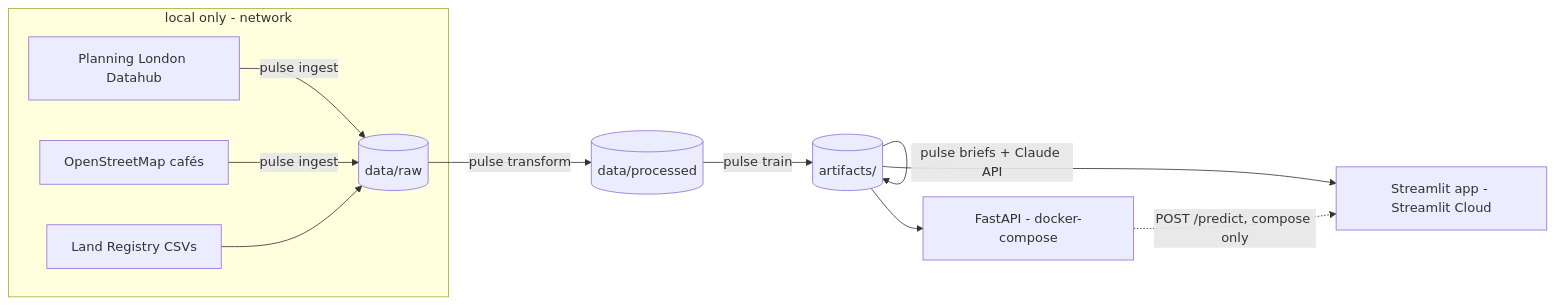
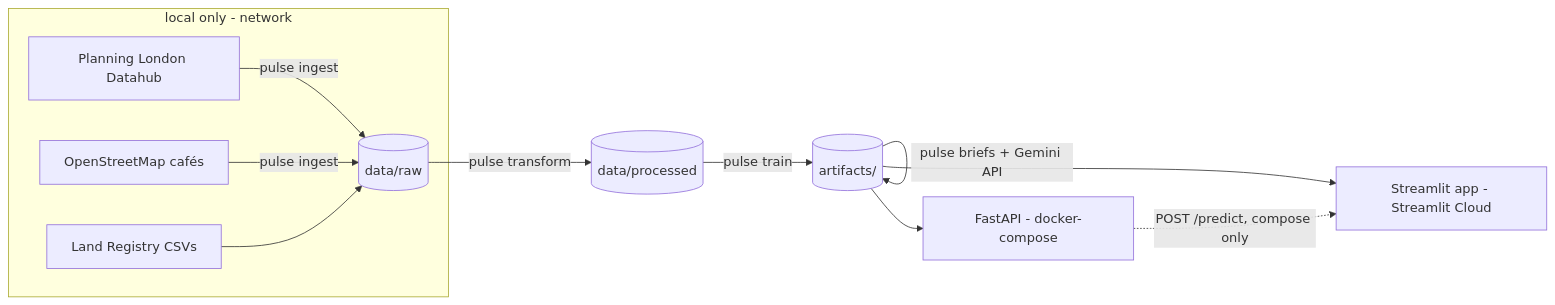
One commit to AniketYadav17/Neighbourhood-Pulse changed the diagram in docs/ARCHITECTURE.md. Above: the diagram before and after it, drawn with Mermaid. The commit also changed 8 other files, not shown here.

Commit message:
feat: switch briefs generation to the Gemini API

````diff
--- a/docs/ARCHITECTURE.md
+++ b/docs/ARCHITECTURE.md
@@ -7,14 +7,14 @@
 ```mermaid
 flowchart LR
     subgraph acquisition [local only - network]
         A[Planning London Datahub] -->|pulse ingest| R[(data/raw)]
         B[OpenStreetMap cafés] -->|pulse ingest| R
         C[Land Registry CSVs] --> R
     end
     R -->|pulse transform| P[(data/processed)]
     P -->|pulse train| ART[(artifacts/)]
-    ART -->|pulse briefs + Claude API| ART
+    ART -->|pulse briefs + Gemini API| ART
     ART --> APP[Streamlit app - Streamlit Cloud]
     ART --> API[FastAPI - docker-compose]
     API -.->|POST /predict, compose only| APP
 ```
````
